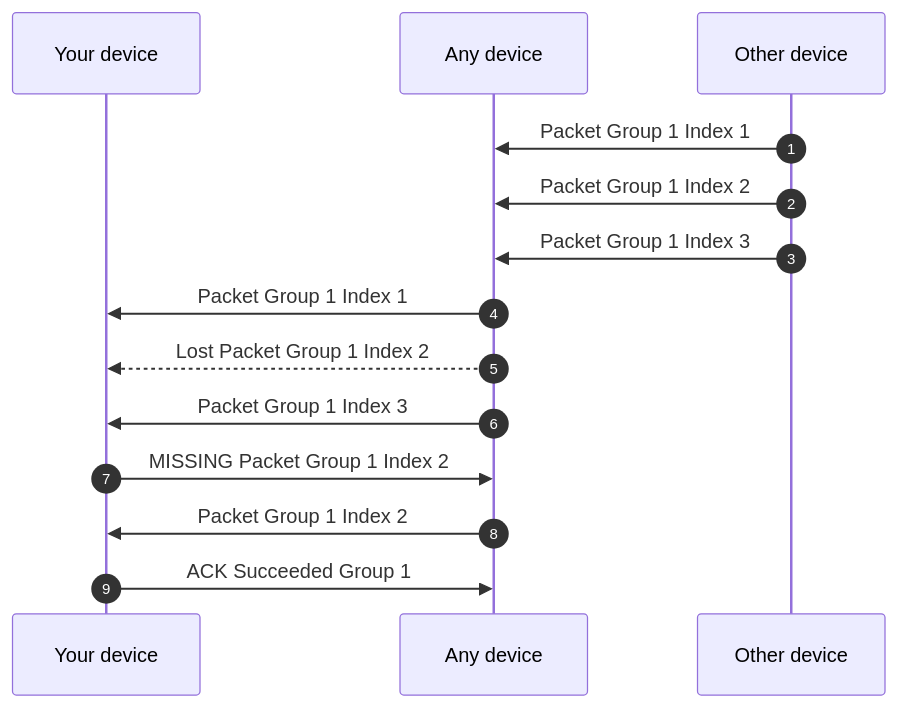
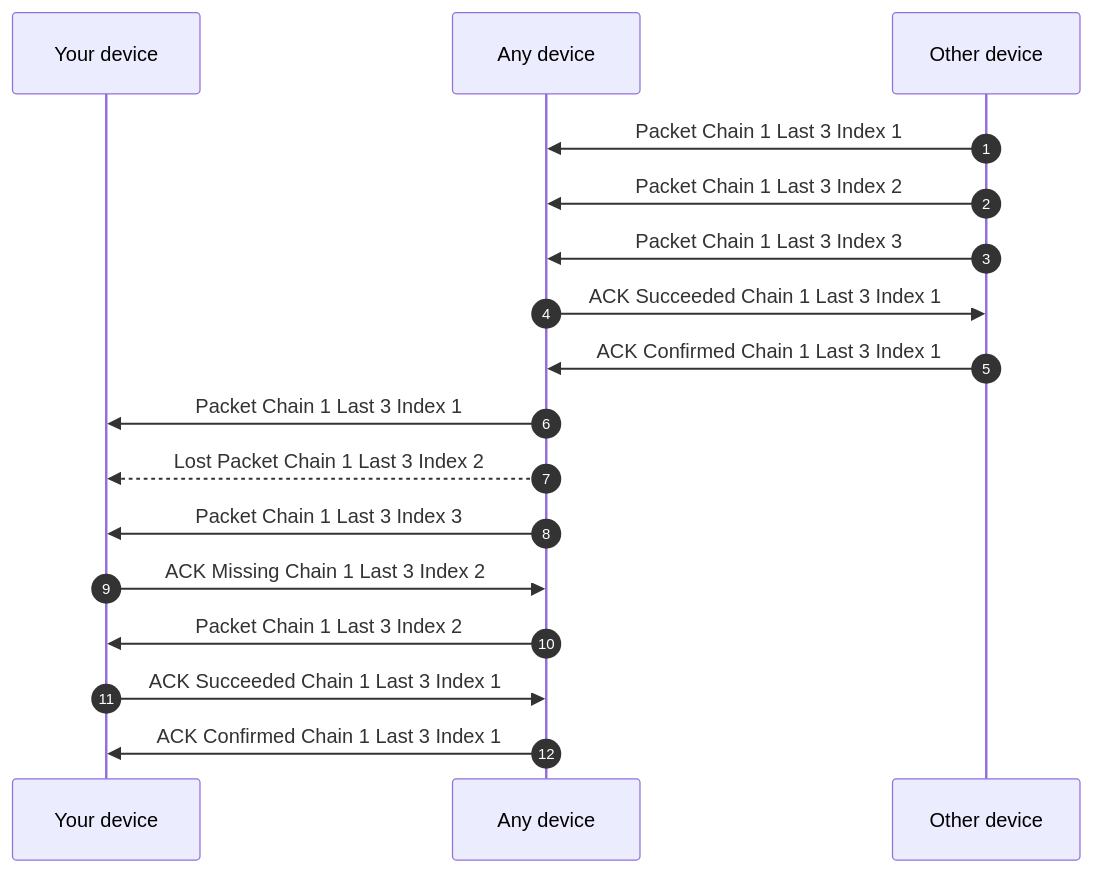
The third of 3 diagrams in mechanisms/ACKNOWLEDGEMENT.md (4surix/honeybee), drawn with Mermaid before and after one commit. The commit also changed other lines of this file and 8 other files, not shown here.

````diff
--- a/mechanisms/ACKNOWLEDGEMENT.md
+++ b/mechanisms/ACKNOWLEDGEMENT.md
@@ -115,17 +111,24 @@
 ```mermaid
 sequenceDiagram
     autonumber
     participant DeviceX as Your device
     participant DeviceN as Any device
     participant DeviceY as Other device
 
-    DeviceY ->> DeviceN: Packet Group 1 Index 1
-    DeviceY ->> DeviceN: Packet Group 1 Index 2
-    DeviceY ->> DeviceN: Packet Group 1 Index 3
-    DeviceN ->> DeviceX: Packet Group 1 Index 1
-    DeviceN -->> DeviceX: Lost Packet Group 1 Index 2
-    DeviceN ->> DeviceX: Packet Group 1 Index 3
-    DeviceX ->> DeviceN: MISSING Packet Group 1 Index 2
-    DeviceN ->> DeviceX: Packet Group 1 Index 2
-    DeviceX ->> DeviceN: ACK Succeeded Group 1
+    DeviceY ->> DeviceN: Packet Chain 1 Last 3 Index 1
+    DeviceY ->> DeviceN: Packet Chain 1 Last 3 Index 2
+    DeviceY ->> DeviceN: Packet Chain 1 Last 3 Index 3
+
+    DeviceN ->> DeviceY: ACK Succeeded Chain 1 Last 3 Index 1
+    DeviceY ->> DeviceN: ACK Confirmed Chain 1 Last 3 Index 1
+
+    DeviceN ->> DeviceX: Packet Chain 1 Last 3 Index 1
+    DeviceN -->> DeviceX: Lost Packet Chain 1 Last 3 Index 2
+    DeviceN ->> DeviceX: Packet Chain 1 Last 3 Index 3
+
+    DeviceX ->> DeviceN: ACK Missing Chain 1 Last 3 Index 2
+    DeviceN ->> DeviceX: Packet Chain 1 Last 3 Index 2
+
+    DeviceX ->> DeviceN: ACK Succeeded Chain 1 Last 3 Index 1
+    DeviceN ->> DeviceX: ACK Confirmed Chain 1 Last 3 Index 1
 ```
````
